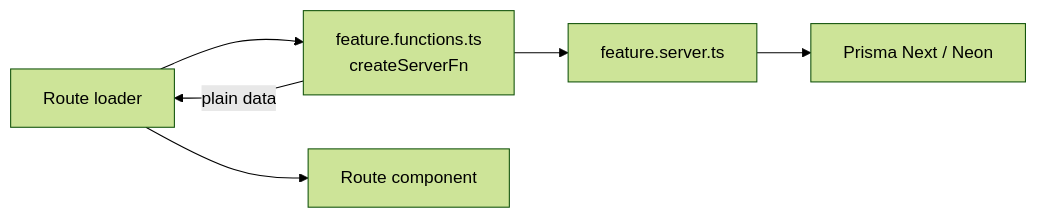
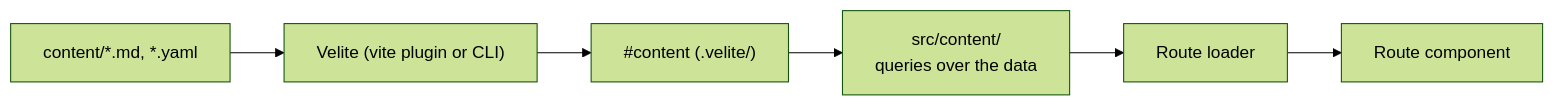
The second of 2 diagrams in docs/architecture.md (wends05/final-portfolio), drawn with Mermaid (forest theme) before and after one commit. The commit also changed other lines of this file and 14 other files, not shown here.

````diff
--- a/docs/architecture.md
+++ b/docs/architecture.md
@@ -93,8 +65,8 @@
 ```mermaid
 flowchart LR
-    Loader["Route loader"] --> Fn["feature.functions.ts<br/>createServerFn"]
-    Fn --> Server["feature.server.ts"]
-    Server --> DB["Prisma Next / Neon"]
-    Fn -->|"plain data"| Loader
+    Files["content/*.md, *.yaml"] --> Velite["Velite (vite plugin or CLI)"]
+    Velite --> Data["#content (.velite/)"]
+    Data --> Module["src/content/<br/>queries over the data"]
+    Module --> Loader["Route loader"]
     Loader --> Page["Route component"]
 ```
````
